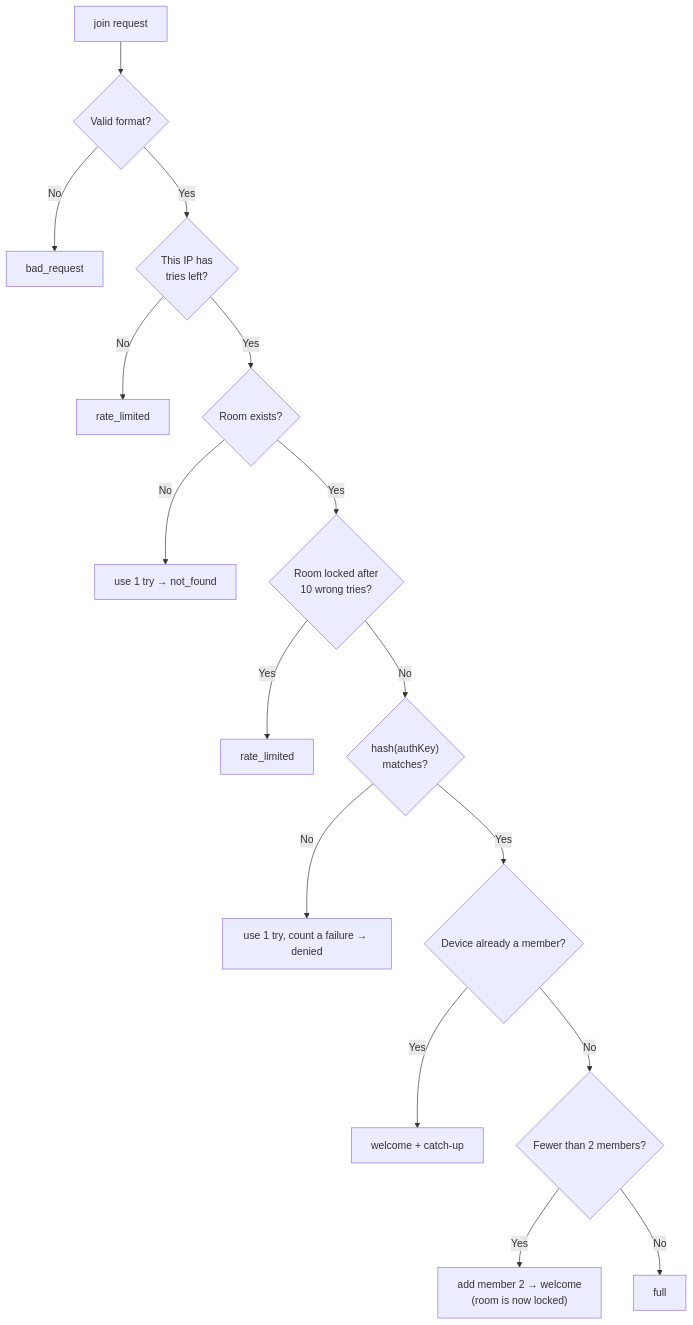
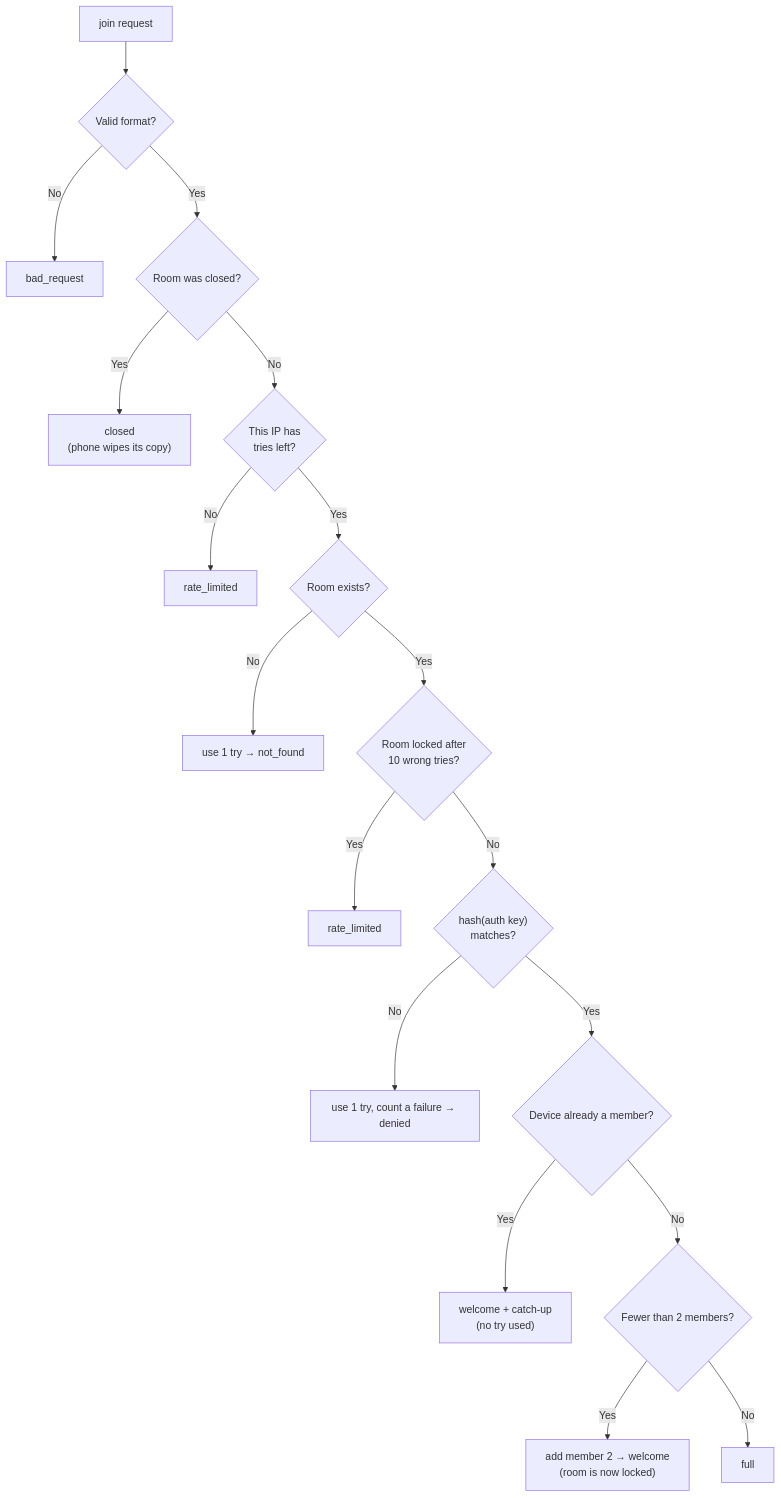
The sixth of 27 diagrams in front-end/doc/04-flowcharts.md (silent-coder-dev/private-space), drawn with Mermaid before and after one commit. The commit also changed other lines of this file and 144 other files, not shown here.

````diff
--- a/front-end/doc/04-flowcharts.md
+++ b/front-end/doc/04-flowcharts.md
@@ -134,18 +127,20 @@
 ```mermaid
 flowchart TD
     J["join request"] --> V{"Valid format?"}
     V -->|"No"| E1["bad_request"]
-    V -->|"Yes"| T{"This IP has<br/>tries left?"}
+    V -->|"Yes"| C0{"Room was closed?"}
+    C0 -->|"Yes"| EC["closed<br/>(phone wipes its copy)"]
+    C0 -->|"No"| T{"This IP has<br/>tries left?"}
     T -->|"No"| E2["rate_limited"]
     T -->|"Yes"| F{"Room exists?"}
     F -->|"No"| X1["use 1 try → not_found"]
     F -->|"Yes"| L{"Room locked after<br/>10 wrong tries?"}
     L -->|"Yes"| E3["rate_limited"]
-    L -->|"No"| K{"hash(authKey)<br/>matches?"}
+    L -->|"No"| K{"hash(auth key)<br/>matches?"}
     K -->|"No"| X2["use 1 try, count a failure → denied"]
     K -->|"Yes"| M{"Device already a member?"}
-    M -->|"Yes"| OK["welcome + catch-up"]
+    M -->|"Yes"| OK["welcome + catch-up<br/>(no try used)"]
     M -->|"No"| C{"Fewer than 2 members?"}
     C -->|"Yes"| ADD["add member 2 → welcome<br/>(room is now locked)"]
     C -->|"No"| FULL["full"]
 ```
````
